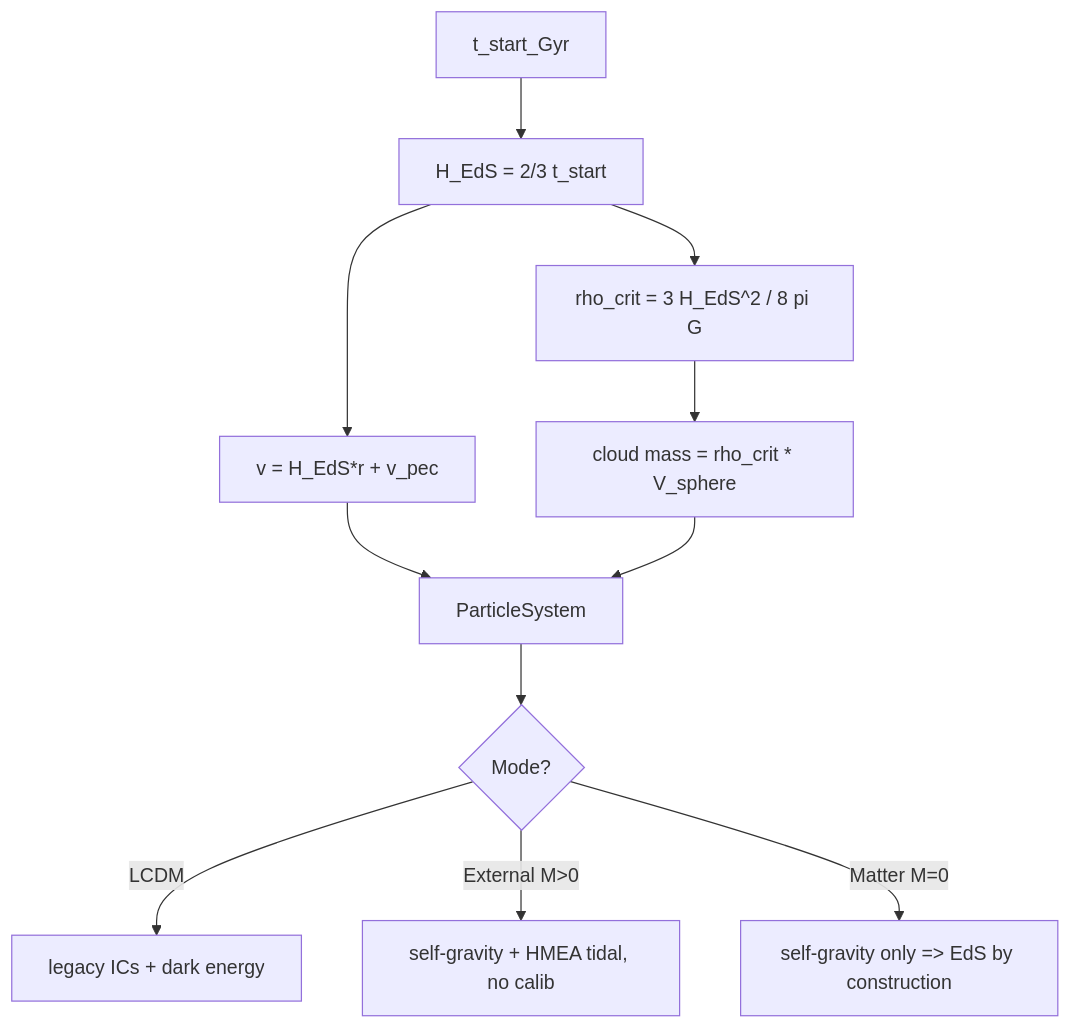
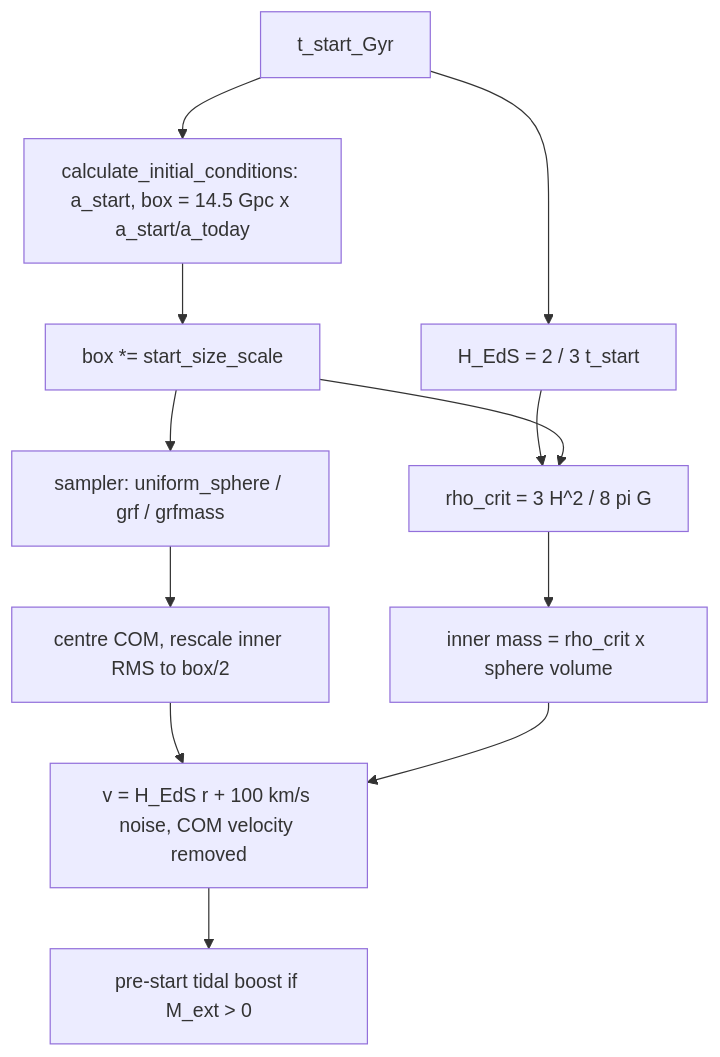
One commit to MartinGamsby/ProgenitorNodeModelCosmology changed the diagram in lode/physics/initial-conditions.md. Above: the diagram before and after it, drawn with Mermaid. The commit also changed other lines of this file and 50 other files, not shown here.

````diff
--- a/lode/physics/initial-conditions.md
+++ b/lode/physics/initial-conditions.md
@@ -331,13 +8,14 @@
 ```mermaid
 graph TD
-    A[t_start_Gyr] --> C[H_EdS = 2/3 t_start]
-    C --> RHO[rho_crit = 3 H_EdS^2 / 8 pi G]
-    RHO --> M[cloud mass = rho_crit * V_sphere]
-    C --> D[v = H_EdS*r + v_pec]
-    D --> E[ParticleSystem]
-    M --> E
-    E --> F{Mode?}
-    F -->|LCDM| H[legacy ICs + dark energy]
-    F -->|External M>0| I[self-gravity + HMEA tidal, no calib]
-    F -->|Matter M=0| J[self-gravity only => EdS by construction]
+    T[t_start_Gyr] --> BOX[calculate_initial_conditions: a_start, box = 14.5 Gpc x a_start/a_today]
+    BOX --> SCALE[box *= start_size_scale]
+    T --> H[H_EdS = 2 / 3 t_start]
+    H --> RHO[rho_crit = 3 H^2 / 8 pi G]
+    SCALE --> RHO
+    RHO --> MASS[inner mass = rho_crit x sphere volume]
+    SCALE --> POS[sampler: uniform_sphere / grf / grfmass]
+    POS --> NORM[centre COM, rescale inner RMS to box/2]
+    NORM --> V[v = H_EdS r + 100 km/s noise, COM velocity removed]
+    MASS --> V
+    V --> BOOST[pre-start tidal boost if M_ext > 0]
 ```
````
